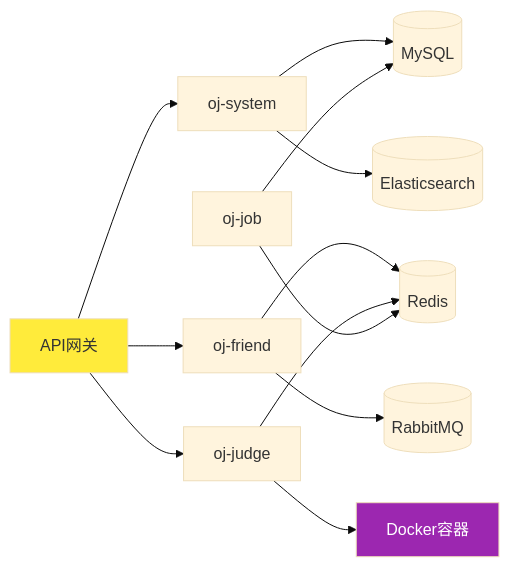
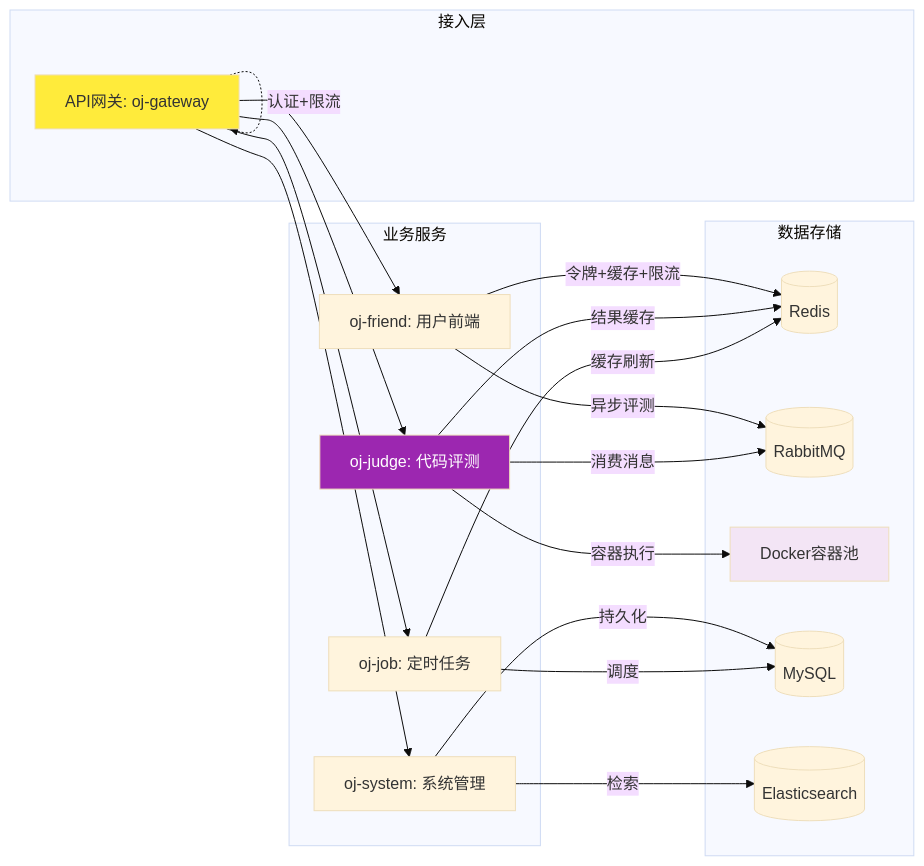
One commit to 1067367579/coding-arena changed the second of 14 diagrams in README.md. Above: the diagram before and after it, drawn with Mermaid (base theme). The commit also changed other lines of this file and 1 other file, not shown here.

````diff
--- a/README.md
+++ b/README.md
@@ -72,21 +161,29 @@
 ```mermaid
 graph LR
-    Gateway[API网关] --> System[oj-system]
-    Gateway --> Friend[oj-friend]
-    Gateway --> Judge[oj-judge]
-    
-    Friend --> Redis[(Redis)]
-    Friend --> RabbitMQ[(RabbitMQ)]
-    
-    Judge --> Docker[Docker容器]
-    Judge --> Redis
-    
-    System --> MySQL[(MySQL)]
-    System --> Elastic[(Elasticsearch)]
-    
-    Job[oj-job] --> MySQL
-    Job --> Redis
-    
+    subgraph 接入层
+        Gateway[API网关: oj-gateway] -.-> |认证+限流| Gateway
+    end
+
+    subgraph 业务服务
+        Gateway --> System[oj-system: 系统管理]
+        Gateway --> Friend[oj-friend: 用户前端]
+        Gateway --> Judge[oj-judge: 代码评测]
+        Gateway --> Job[oj-job: 定时任务]
+    end
+
+    subgraph 数据存储
+        Friend --> |令牌+缓存+限流| Redis[(Redis)]
+        Friend --> |异步评测| RabbitMQ[(RabbitMQ)]
+        Judge --> |容器执行| Docker[Docker容器池]
+        Judge --> |结果缓存| Redis
+        Judge --> |消费消息| RabbitMQ
+        System --> |持久化| MySQL[(MySQL)]
+        System --> |检索| Elastic[(Elasticsearch)]
+        Job --> |调度| MySQL
+        Job --> |缓存刷新| Redis
+    end
+
     style Gateway fill:#ffeb3b
-    style Docker fill:#9c27b0,color:#fff
+    style Judge fill:#9c27b0,color:#fff
+    style Docker fill:#f3e5f5
 ```
````
